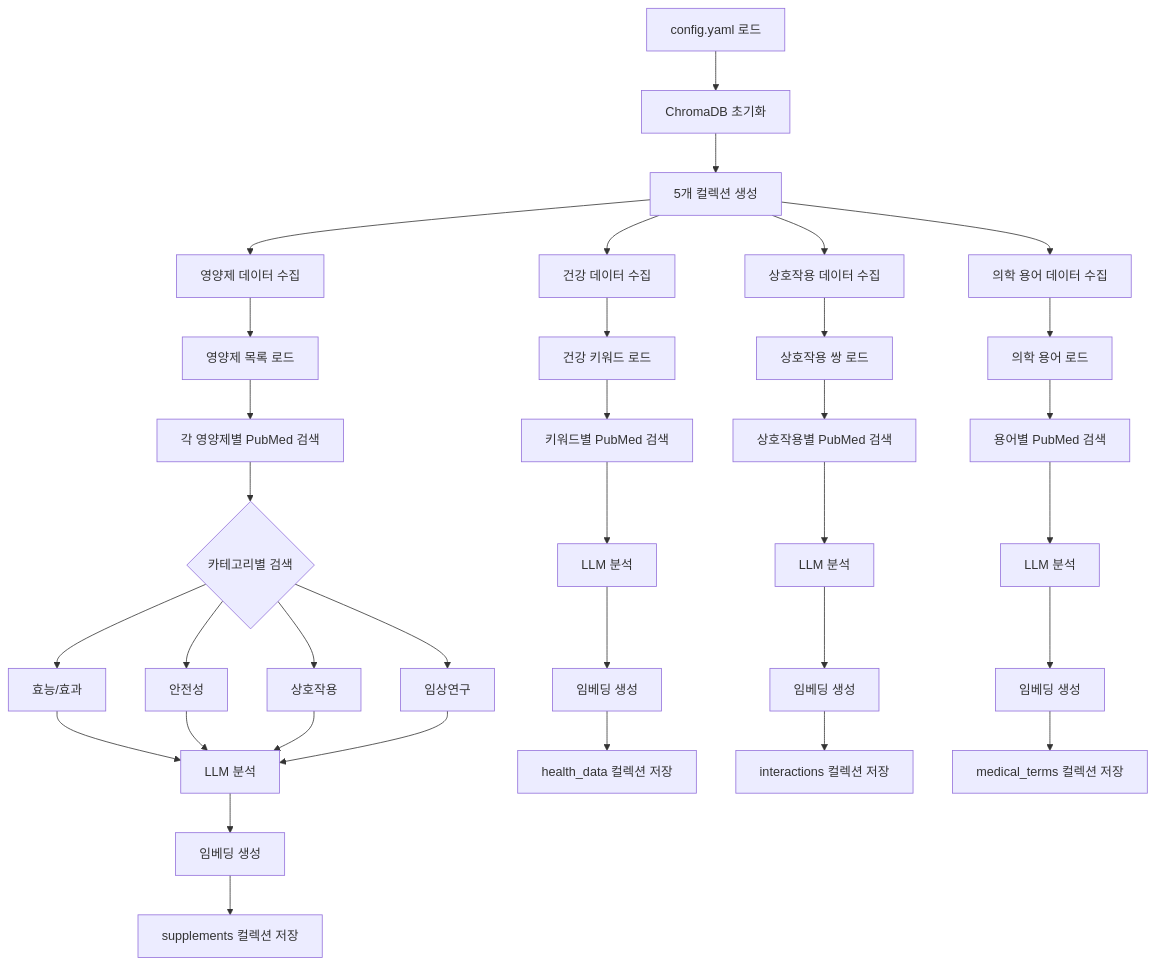
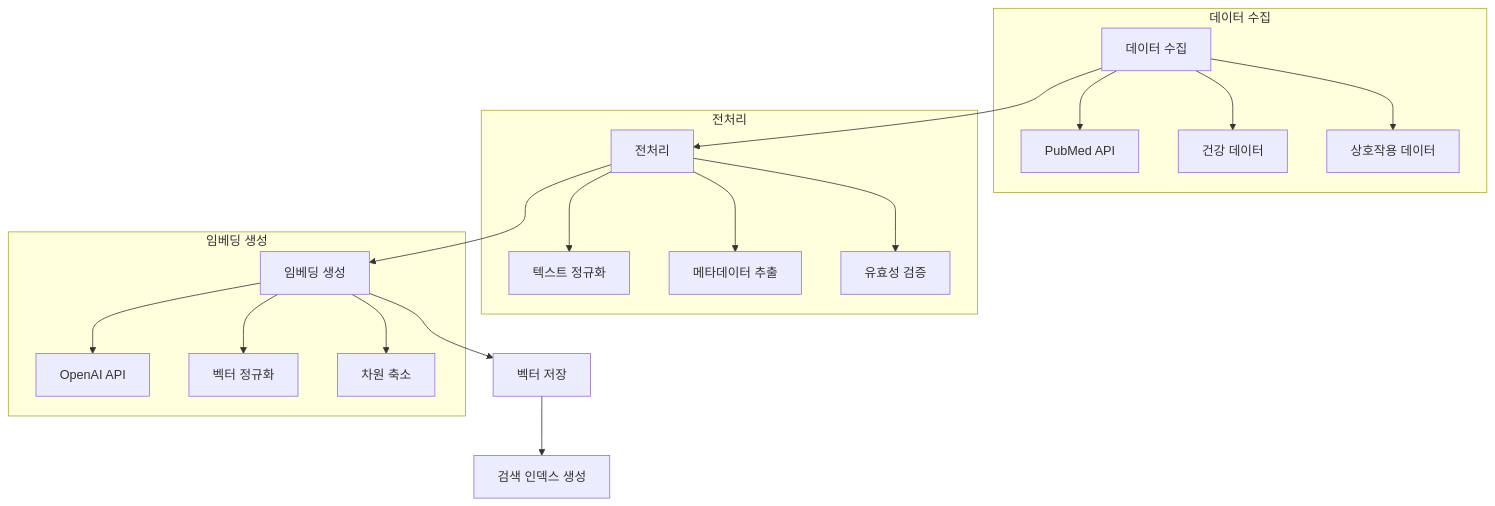
One commit to kindhabit/JERRY changed the diagram in 0_docs/embedding.md. Above: the diagram before and after it, drawn with Mermaid. The commit also changed other lines of this file and 20 other files, not shown here.

````diff
--- a/0_docs/embedding.md
+++ b/0_docs/embedding.md
@@ -34,39 +28,25 @@
 ```mermaid
 graph TD
-    A[config.yaml 로드] --> B[ChromaDB 초기화]
-    B --> C[5개 컬렉션 생성]
-    
-    C --> D[영양제 데이터 수집]
-    C --> E[건강 데이터 수집]
-    C --> F[상호작용 데이터 수집]
-    C --> G[의학 용어 데이터 수집]
-    
-    D --> D1[영양제 목록 로드]
-    D1 --> D2[각 영양제별 PubMed 검색]
-    D2 --> D3{카테고리별 검색}
-    D3 --> D31[효능/효과]
-    D3 --> D32[안전성]
-    D3 --> D33[상호작용]
-    D3 --> D34[임상연구]
-    D31 & D32 & D33 & D34 --> D4[LLM 분석]
-    D4 --> D5[임베딩 생성]
-    D5 --> D6[supplements 컬렉션 저장]
-    
-    E --> E1[건강 키워드 로드]
-    E1 --> E2[키워드별 PubMed 검색]
-    E2 --> E3[LLM 분석]
-    E3 --> E4[임베딩 생성]
-    E4 --> E5[health_data 컬렉션 저장]
-    
-    F --> F1[상호작용 쌍 로드]
-    F1 --> F2[상호작용별 PubMed 검색]
-    F2 --> F3[LLM 분석]
-    F3 --> F4[임베딩 생성]
-    F4 --> F5[interactions 컬렉션 저장]
-    
-    G --> G1[의학 용어 로드]
-    G1 --> G2[용어별 PubMed 검색]
-    G2 --> G3[LLM 분석]
-    G3 --> G4[임베딩 생성]
-    G4 --> G5[medical_terms 컬렉션 저장]
+    A[데이터 수집] --> B[전처리]
+    B --> C[임베딩 생성]
+    C --> D[벡터 저장]
+    D --> E[검색 인덱스 생성]
+
+    subgraph "데이터 수집"
+        A --> A1[PubMed API]
+        A --> A2[건강 데이터]
+        A --> A3[상호작용 데이터]
+    end
+
+    subgraph "전처리"
+        B --> B1[텍스트 정규화]
+        B --> B2[메타데이터 추출]
+        B --> B3[유효성 검증]
+    end
+
+    subgraph "임베딩 생성"
+        C --> C1[OpenAI API]
+        C --> C2[벡터 정규화]
+        C --> C3[차원 축소]
+    end
 ```
````
